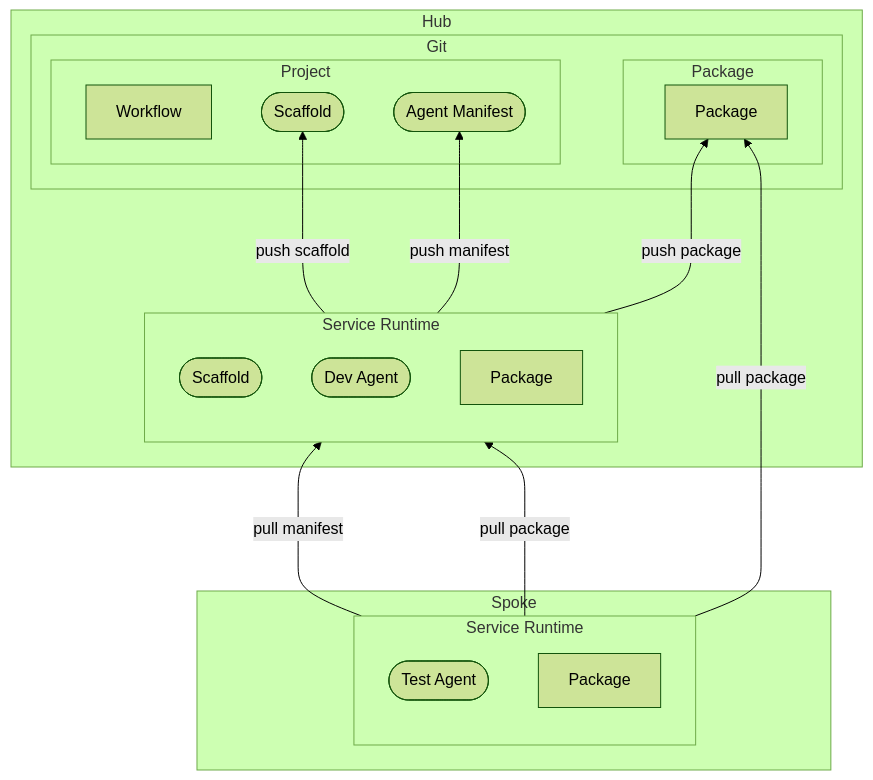
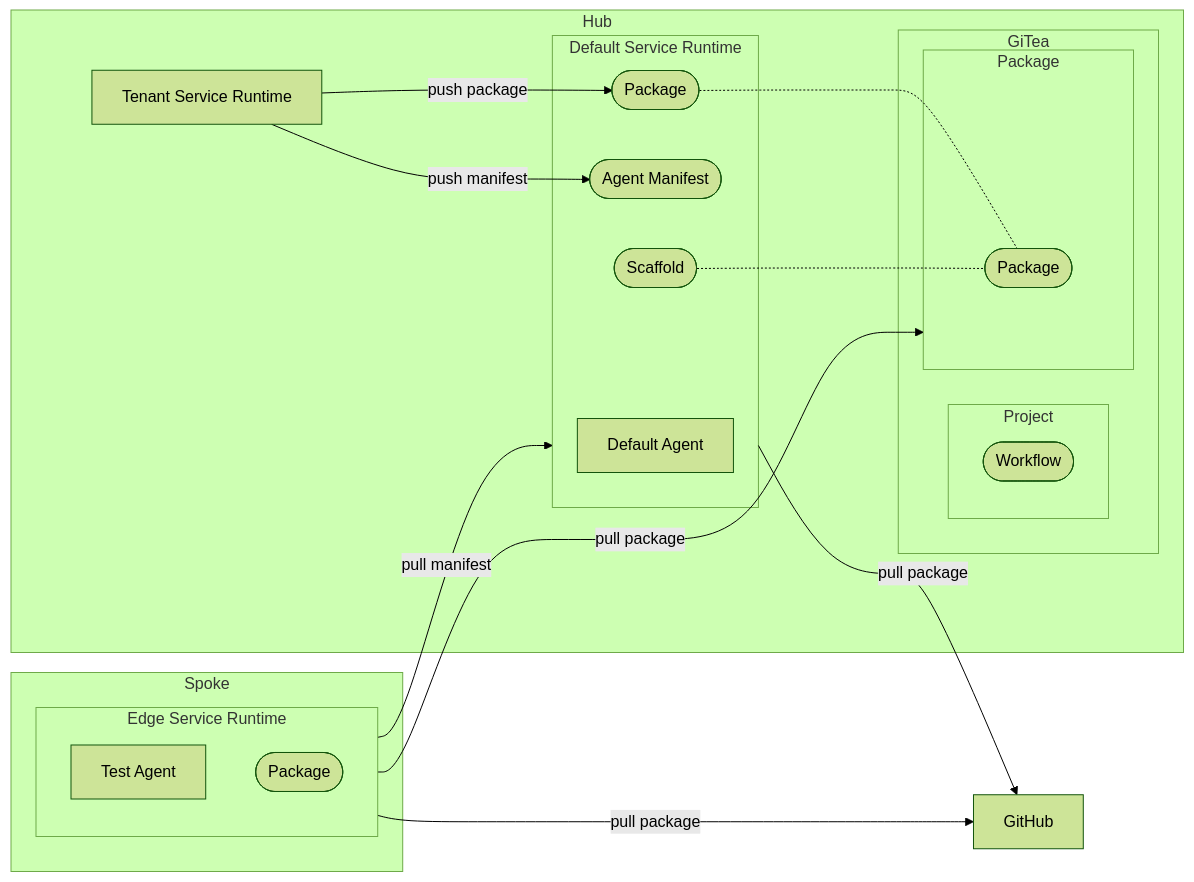
The diagram in app/src/doc/templates/origin.mmd (t-ibm/didymus), drawn with Mermaid (forest theme) before and after one commit.

Commit message:
Updating the image after couple rounds of discussions with Dima

```diff
--- a/app/src/doc/templates/origin.mmd
+++ b/app/src/doc/templates/origin.mmd
@@ -1,29 +1,33 @@
-flowchart BT
+flowchart LR
+  github[GitHub]
   subgraph hub[Hub]
-    subgraph hub.git["Git"]
+    hub.tsr["Tenant Service Runtime"]
+    subgraph hub.git["GiTea"]
       subgraph hub.git.project["Project"]
-        hub.git.wf["Workflow"]
-        hub.git.sd(["Scaffold"])
-        hub.git.am(["Agent Manifest"])
+        hub.git.project.wf(["Workflow"])
       end
       subgraph hub.git.pkg["Package"]
-        hub.git.pkg.pkg["Package"]
+        hub.git.pkg.pkg(["Package"])
       end
     end
-    subgraph hub.svc["Service Runtime"]
+    subgraph hub.svc["Default Service Runtime"]
+      hub.svc.agent["Default Agent"]
+      hub.svc.am(["Agent Manifest"])
       hub.svc.scaffold(["Scaffold"])
-      hub.svc.agent(["Dev Agent"])
-      hub.svc.pkg["Package"]
+      hub.svc.pkg(["Package"])
     end
   end
   subgraph spoke [Spoke]
-    subgraph spoke.svc["Service Runtime"]
-      spoke.svc.agent(["Test Agent"])
-      spoke.svc.pkg["Package"]
+    subgraph spoke.svc["Edge Service Runtime"]
+      spoke.svc.agent["Test Agent"]
+      spoke.svc.pkg(["Package"])
     end
   end
-  hub.svc -- push scaffold --> hub.git.sd
-  hub.svc -- push manifest --> hub.git.am
-  hub.svc -- push package ---> hub.git.pkg.pkg
-  spoke.svc -- pull manifest ---> hub.svc
-  spoke.svc -- pull package --> hub.svc & hub.git.pkg.pkg
+  hub.tsr -- push manifest --> hub.svc.am
+  hub.tsr -- push package --> hub.svc.pkg
+  hub.svc.pkg -.- hub.git.pkg.pkg
+  hub.svc.scaffold -.- hub.git.pkg.pkg
+  hub.svc -- pull package --> github
+  spoke.svc -- pull manifest --> hub.svc
+  spoke.svc -- pull package --> hub.git.pkg
+  spoke.svc -- pull package --> github
```
